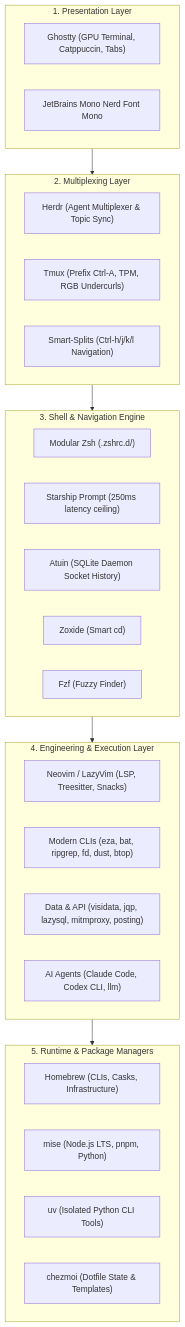
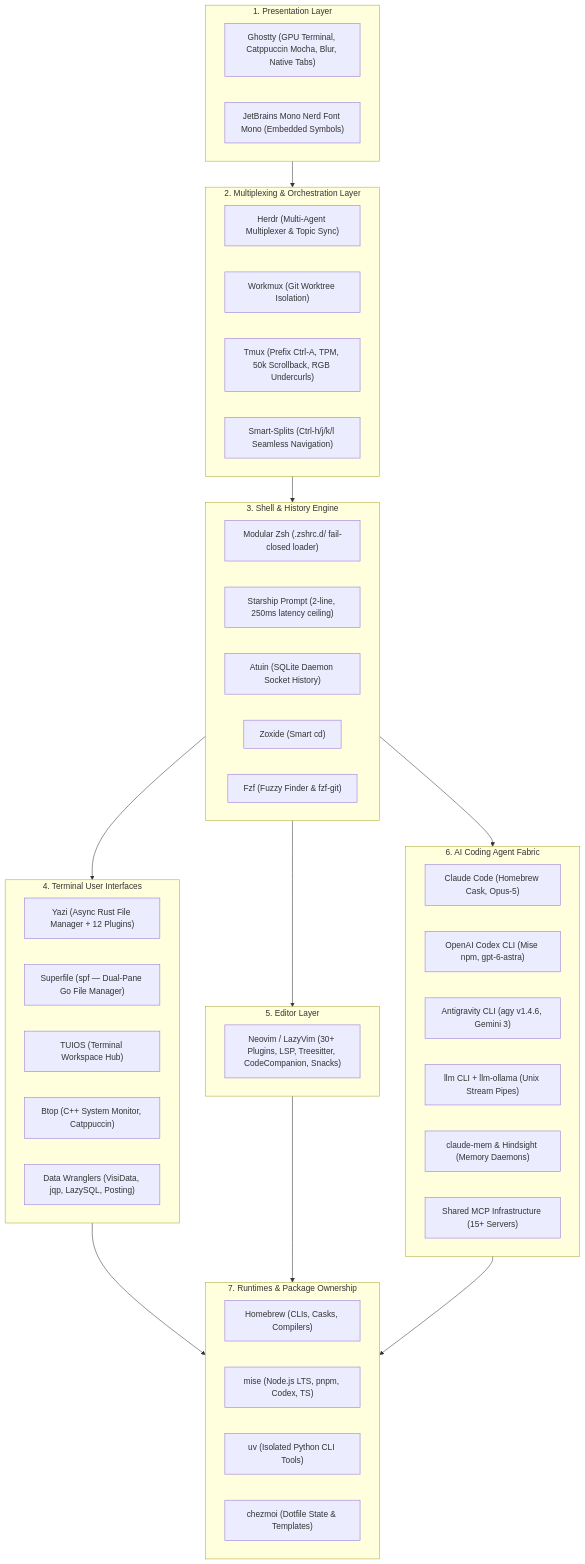
One commit to sambatia/sam-setup changed the first of 2 diagrams in README.md. Above: the diagram before and after it, drawn with Mermaid. The commit also changed other lines of this file and 63 other files, not shown here.

Commit message:
feat(docs): exhaustive terminal ecosystem catalog, AI agent fabric, and TUI stack (v0.2.1)

````diff
--- a/README.md
+++ b/README.md
@@ -57,40 +70,57 @@
 ```mermaid
 flowchart TD
     subgraph UI ["1. Presentation Layer"]
-        GHOSTTY["Ghostty (GPU Terminal, Catppuccin, Tabs)"]
-        FONT["JetBrains Mono Nerd Font Mono"]
+        GHOSTTY["Ghostty (GPU Terminal, Catppuccin Mocha, Blur, Native Tabs)"]
+        FONT["JetBrains Mono Nerd Font Mono (Embedded Symbols)"]
     end
 
-    subgraph MUX ["2. Multiplexing Layer"]
-        HERDR["Herdr (Agent Multiplexer & Topic Sync)"]
-        TMUX["Tmux (Prefix Ctrl-A, TPM, RGB Undercurls)"]
-        NAV["Smart-Splits (Ctrl-h/j/k/l Navigation)"]
+    subgraph MUX ["2. Multiplexing & Orchestration Layer"]
+        HERDR["Herdr (Multi-Agent Multiplexer & Topic Sync)"]
+        WORKMUX["Workmux (Git Worktree Isolation)"]
+        TMUX["Tmux (Prefix Ctrl-A, TPM, 50k Scrollback, RGB Undercurls)"]
+        NAV["Smart-Splits (Ctrl-h/j/k/l Seamless Navigation)"]
     end
 
-    subgraph SHELL ["3. Shell & Navigation Engine"]
-        ZSH["Modular Zsh (.zshrc.d/)"]
-        STARSHIP["Starship Prompt (250ms latency ceiling)"]
+    subgraph SHELL ["3. Shell & History Engine"]
+        ZSH["Modular Zsh (.zshrc.d/ fail-closed loader)"]
+        STARSHIP["Starship Prompt (2-line, 250ms latency ceiling)"]
         ATUIN["Atuin (SQLite Daemon Socket History)"]
         ZOXIDE["Zoxide (Smart cd)"]
-        FZF["Fzf (Fuzzy Finder)"]
+        FZF["Fzf (Fuzzy Finder & fzf-git)"]
     end
 
-    subgraph WORK ["4. Engineering & Execution Layer"]
-        NVIM["Neovim / LazyVim (LSP, Treesitter, Snacks)"]
-        CLIS["Modern CLIs (eza, bat, ripgrep, fd, dust, btop)"]
-        DATA["Data & API (visidata, jqp, lazysql, mitmproxy, posting)"]
-        AI["AI Agents (Claude Code, Codex CLI, llm)"]
+    subgraph TUIS ["4. Terminal User Interfaces"]
+        YAZI["Yazi (Async Rust File Manager + 12 Plugins)"]
+        SPF["Superfile (spf — Dual-Pane Go File Manager)"]
+        TUIOS["TUIOS (Terminal Workspace Hub)"]
+        BTOP["Btop (C++ System Monitor, Catppuccin)"]
+        DATA["Data Wranglers (VisiData, jqp, LazySQL, Posting)"]
     end
 
-    subgraph RUNTIMES ["5. Runtime & Package Managers"]
-        BREW["Homebrew (CLIs, Casks, Infrastructure)"]
-        MISE["mise (Node.js LTS, pnpm, Python)"]
+    subgraph EDIT ["5. Editor Layer"]
+        NVIM["Neovim / LazyVim (30+ Plugins, LSP, Treesitter, CodeCompanion, Snacks)"]
+    end
+
+    subgraph AI ["6. AI Coding Agent Fabric"]
+        CLAUDE["Claude Code (Homebrew Cask, Opus-5)"]
+        CODEX["OpenAI Codex CLI (Mise npm, gpt-6-astra)"]
+        AGY["Antigravity CLI (agy v1.4.6, Gemini 3)"]
+        LLM["llm CLI + llm-ollama (Unix Stream Pipes)"]
+        MEM["claude-mem & Hindsight (Memory Daemons)"]
+        MCPS["Shared MCP Infrastructure (15+ Servers)"]
+    end
+
+    subgraph RUNTIMES ["7. Runtimes & Package Ownership"]
+        BREW["Homebrew (CLIs, Casks, Compilers)"]
+        MISE["mise (Node.js LTS, pnpm, Codex, TS)"]
         UV["uv (Isolated Python CLI Tools)"]
         CHEZMOI["chezmoi (Dotfile State & Templates)"]
     end
 
     UI --> MUX
     MUX --> SHELL
-    SHELL --> WORK
-    WORK --> RUNTIMES
+    SHELL --> TUIS
+    SHELL --> EDIT
+    SHELL --> AI
+    TUIS & EDIT & AI --> RUNTIMES
 ```
````
